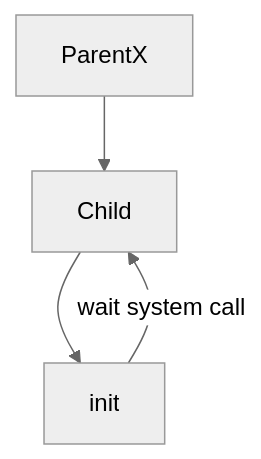
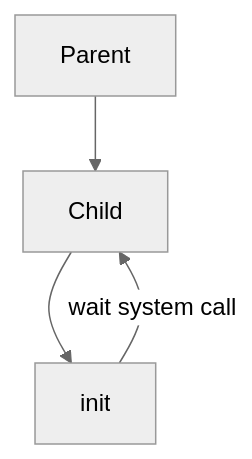
One commit to virtual-tech-school/virtual-tech-notes changed the third of 4 diagrams in linux-masterclass/05-processes/README.md. Above: the diagram before and after it, drawn with Mermaid (neutral theme).

````diff
--- a/linux-masterclass/05-processes/README.md
+++ b/linux-masterclass/05-processes/README.md
@@ -49,6 +49,6 @@
 ```mermaid
 graph TD;
-    ParentX-->Child;
+    Parent-->Child;
     Child-->init;
     init-->|wait system call|Child;
 ```
````
